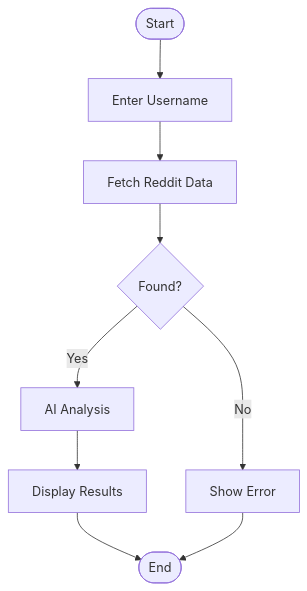
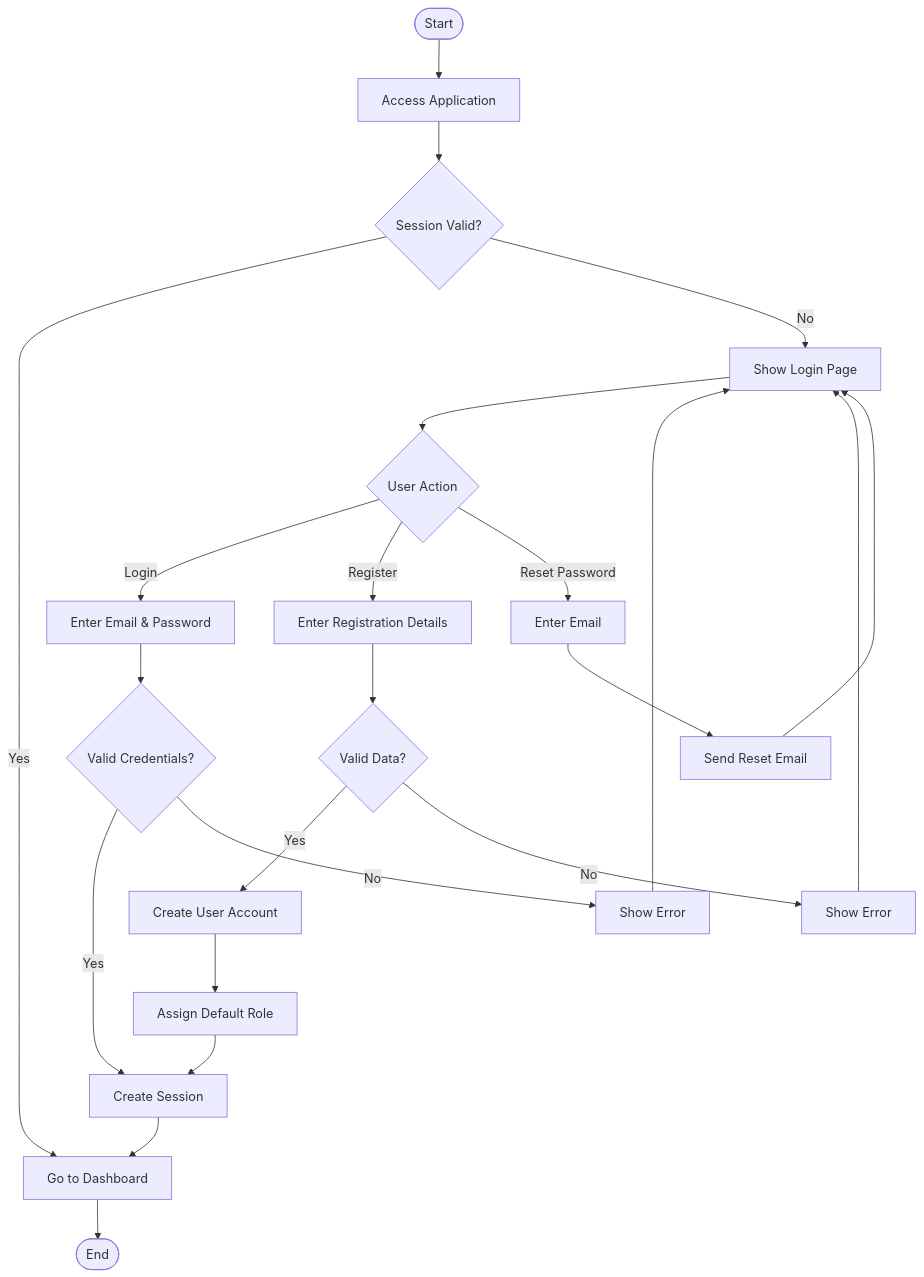
Before and after one commit to Andy-Alferdo/reddit-sleuth-forensics-web: the second of 4 diagrams in diagrams/activity-diagram.md, drawn with Mermaid. The commit also changed other lines of this file, not shown here.

````diff
--- a/diagrams/activity-diagram.md
+++ b/diagrams/activity-diagram.md
@@ -5,11 +84,30 @@
 ```mermaid
 flowchart TD
-    Start([Start]) --> Input[Enter Username]
-    Input --> Fetch[Fetch Reddit Data]
-    Fetch --> Check{Found?}
-    Check -->|No| Error[Show Error]
-    Check -->|Yes| Analyze[AI Analysis]
-    Analyze --> Display[Display Results]
-    Display --> End([End])
-    Error --> End
+    Start([Start]) --> AccessApp[Access Application]
+    AccessApp --> CheckSession{Session Valid?}
+    CheckSession -->|Yes| Dashboard[Go to Dashboard]
+    CheckSession -->|No| ShowLogin[Show Login Page]
+    
+    ShowLogin --> UserAction{User Action}
+    UserAction -->|Login| EnterCredentials[Enter Email & Password]
+    UserAction -->|Register| EnterRegistration[Enter Registration Details]
+    UserAction -->|Reset Password| EnterEmail[Enter Email]
+    
+    EnterCredentials --> ValidateLogin{Valid Credentials?}
+    ValidateLogin -->|Yes| CreateSession[Create Session]
+    ValidateLogin -->|No| ShowLoginError[Show Error]
+    ShowLoginError --> ShowLogin
+    
+    EnterRegistration --> ValidateRegistration{Valid Data?}
+    ValidateRegistration -->|Yes| CreateUser[Create User Account]
+    CreateUser --> AssignRole[Assign Default Role]
+    AssignRole --> CreateSession
+    ValidateRegistration -->|No| ShowRegError[Show Error]
+    ShowRegError --> ShowLogin
+    
+    EnterEmail --> SendResetLink[Send Reset Email]
+    SendResetLink --> ShowLogin
+    
+    CreateSession --> Dashboard
+    Dashboard --> End([End])
 ```
````
